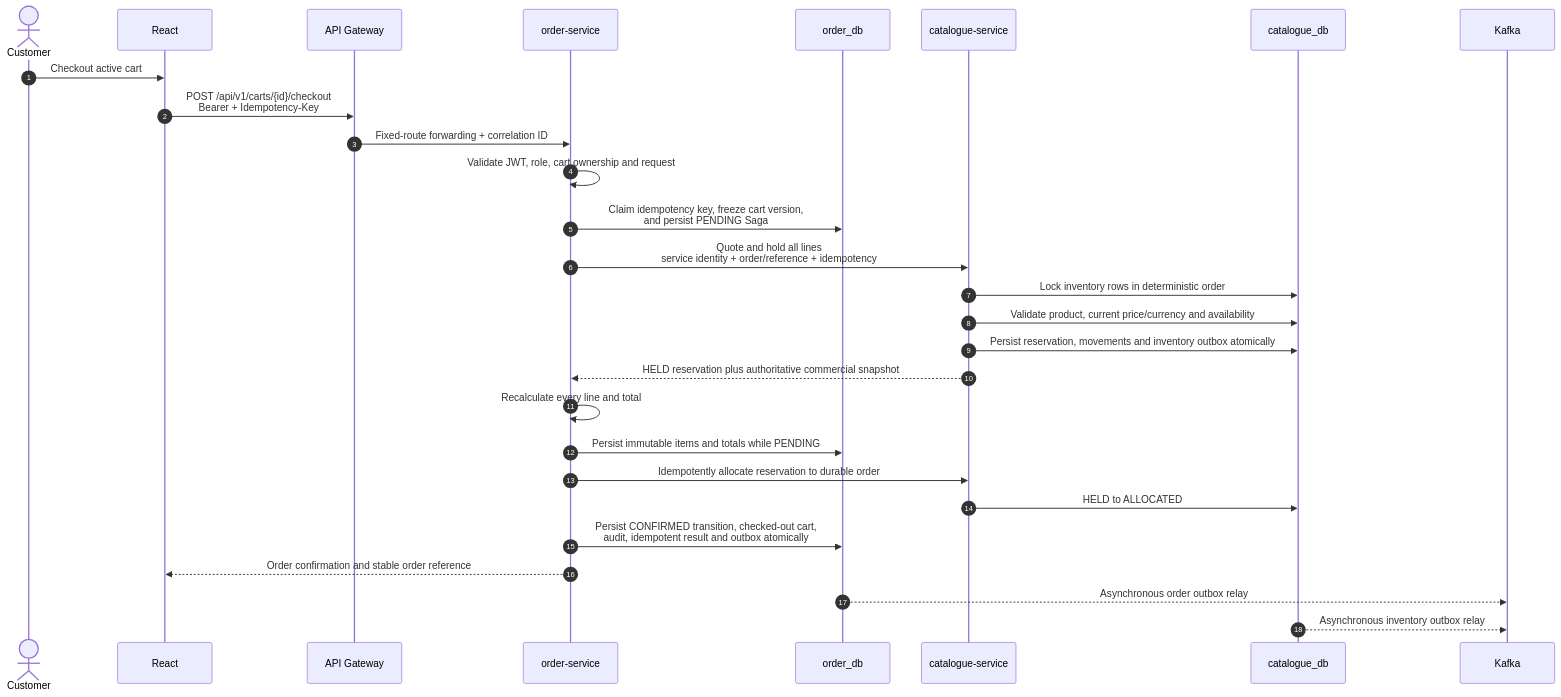
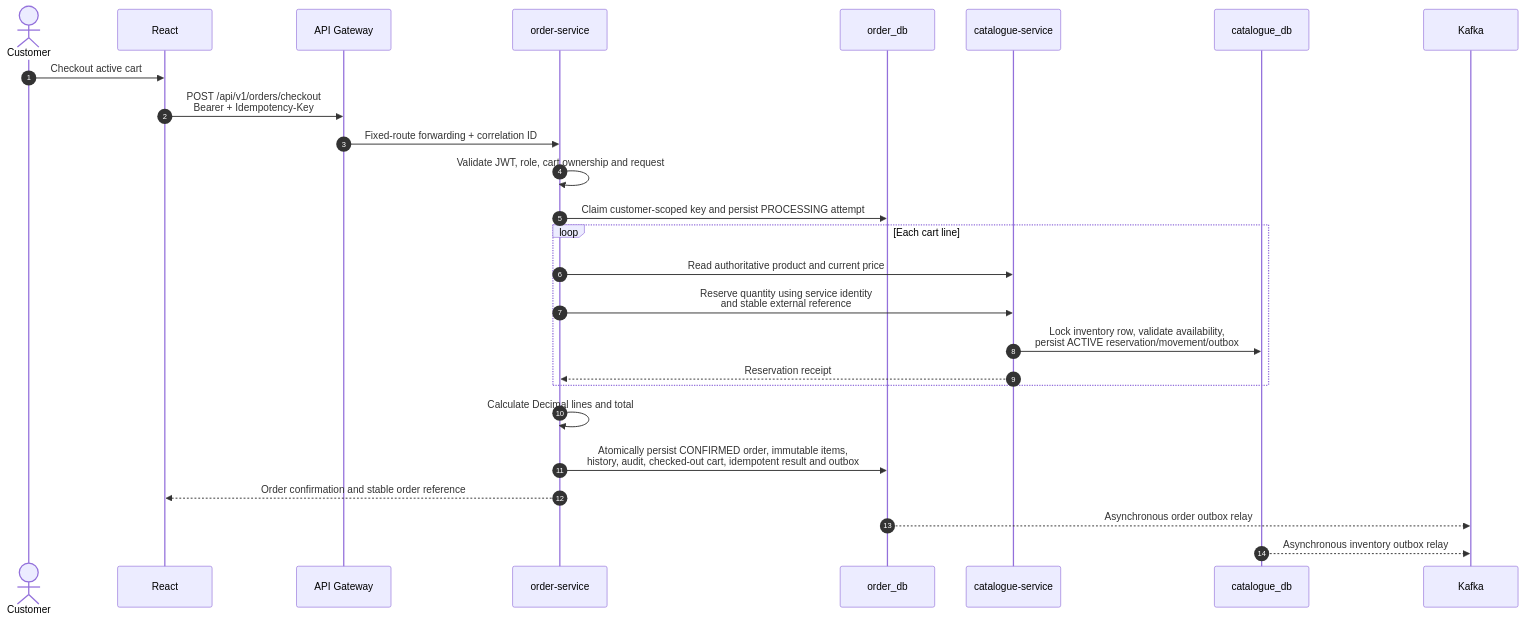
Before and after one commit to yo-its-anas/shopsphere-global-order-platform: the third of 3 diagrams in docs/architecture/order-processing-domain-design.md, drawn with Mermaid. The commit also changed other lines of this file and 21 other files, not shown here.

````diff
--- a/docs/architecture/order-processing-domain-design.md
+++ b/docs/architecture/order-processing-domain-design.md
@@ -231,31 +223,29 @@
 ```mermaid
 sequenceDiagram
     autonumber
     actor Customer
     participant UI as React
     participant GW as API Gateway
     participant ORD as order-service
     participant ODB as order_db
     participant CAT as catalogue-service
     participant CDB as catalogue_db
     participant K as Kafka
 
     Customer->>UI: Checkout active cart
-    UI->>GW: POST /api/v1/carts/{id}/checkout<br/>Bearer + Idempotency-Key
+    UI->>GW: POST /api/v1/orders/checkout<br/>Bearer + Idempotency-Key
     GW->>ORD: Fixed-route forwarding + correlation ID
     ORD->>ORD: Validate JWT, role, cart ownership and request
-    ORD->>ODB: Claim idempotency key, freeze cart version,<br/>and persist PENDING Saga
-    ORD->>CAT: Quote and hold all lines<br/>service identity + order/reference + idempotency
-    CAT->>CDB: Lock inventory rows in deterministic order
-    CAT->>CDB: Validate product, current price/currency and availability
-    CAT->>CDB: Persist reservation, movements and inventory outbox atomically
-    CAT-->>ORD: HELD reservation plus authoritative commercial snapshot
-    ORD->>ORD: Recalculate every line and total
-    ORD->>ODB: Persist immutable items and totals while PENDING
-    ORD->>CAT: Idempotently allocate reservation to durable order
-    CAT->>CDB: HELD to ALLOCATED
-    ORD->>ODB: Persist CONFIRMED transition, checked-out cart,<br/>audit, idempotent result and outbox atomically
+    ORD->>ODB: Claim customer-scoped key and persist PROCESSING attempt
+    loop Each cart line
+        ORD->>CAT: Read authoritative product and current price
+        ORD->>CAT: Reserve quantity using service identity<br/>and stable external reference
+        CAT->>CDB: Lock inventory row, validate availability,<br/>persist ACTIVE reservation/movement/outbox
+        CAT-->>ORD: Reservation receipt
+    end
+    ORD->>ORD: Calculate Decimal lines and total
+    ORD->>ODB: Atomically persist CONFIRMED order, immutable items,<br/>history, audit, checked-out cart, idempotent result and outbox
     ORD-->>UI: Order confirmation and stable order reference
     ODB-->>K: Asynchronous order outbox relay
     CDB-->>K: Asynchronous inventory outbox relay
 ```
````
